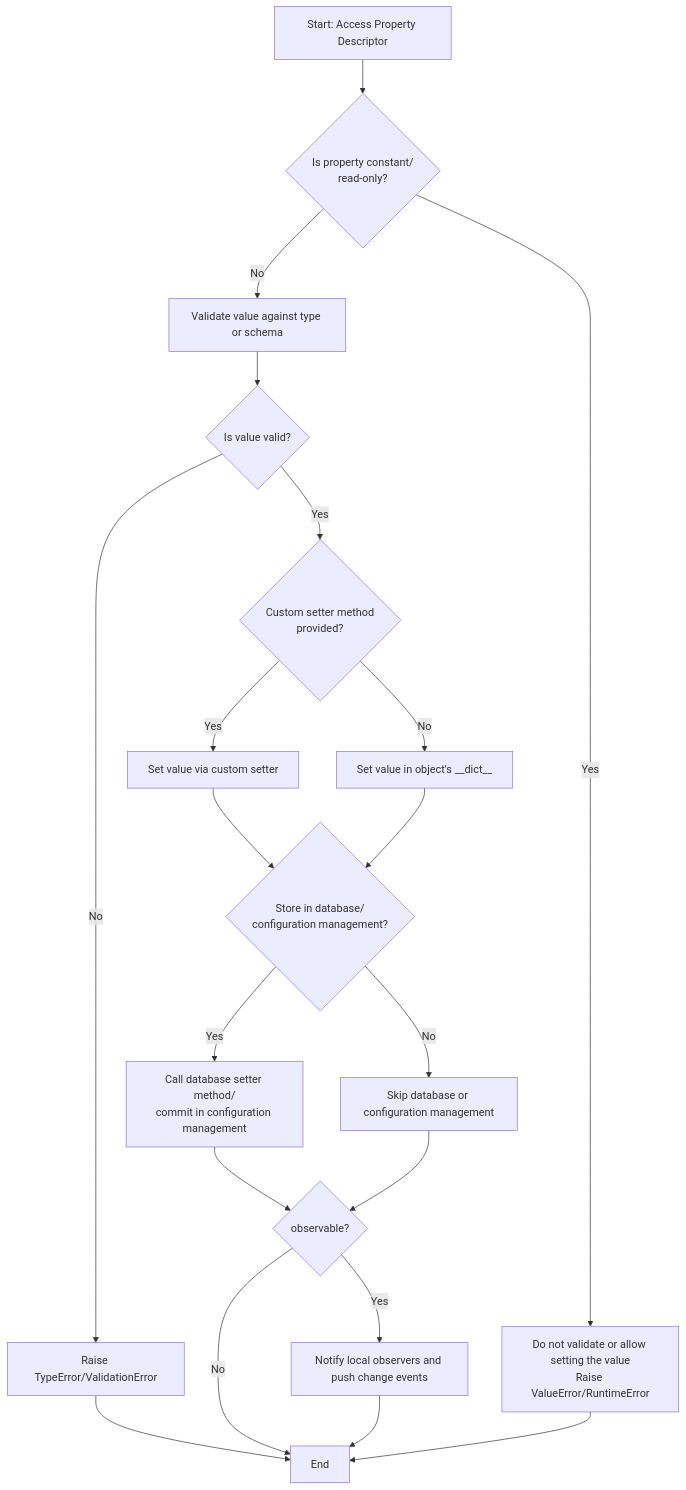
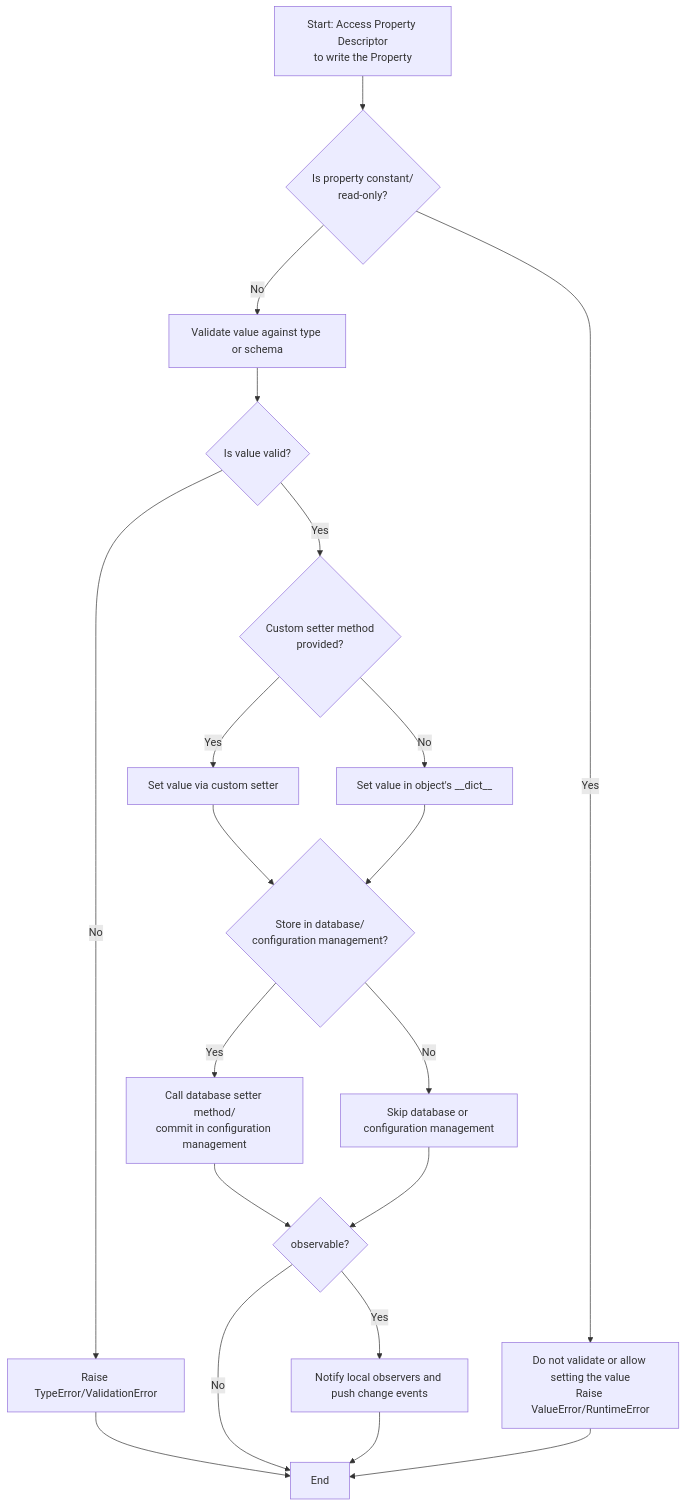
One commit to hololinked-dev/docs changed the first of 2 diagrams in docs/design/property-descriptors.md. Above: the diagram before and after it, drawn with Mermaid. The commit also changed other lines of this file and 3 other files, not shown here.

````diff
--- a/docs/design/property-descriptors.md
+++ b/docs/design/property-descriptors.md
@@ -216,23 +210,23 @@
 ```mermaid
 flowchart TD
-    A[Start: Access Property Descriptor] --> B{Is property constant/<br />read-only?}
+    A[Start: Access Property Descriptor<br/>to write the Property] --> B{Is property constant/<br />read-only?}
     B -- No --> D[Validate value against type or schema]
     D --> E{Is value valid?}
     E -- No --> F[Raise TypeError/ValidationError]
     F --> Z
     E -- Yes --> G{Custom setter method<br/>provided?}
     G -- Yes --> H[Set value via custom setter]
     G -- No --> I[Set value in object's __dict__]
     H --> J{Store in database/<br/>configuration management?}
     I --> J
     J -- Yes --> K[Call database setter method/<br/>commit in configuration management]
     J -- No --> L[Skip database or configuration management]
     K --> N{observable?}
     L --> N
     N -- Yes --> M[Notify local observers and push change events]
     N -- No --> Z
     M --> Z
     B -- Yes --> C[Do not validate or allow setting the value<br/>Raise ValueError/RuntimeError]
     C --> Z[End]
     Z[End]
 ```
````
